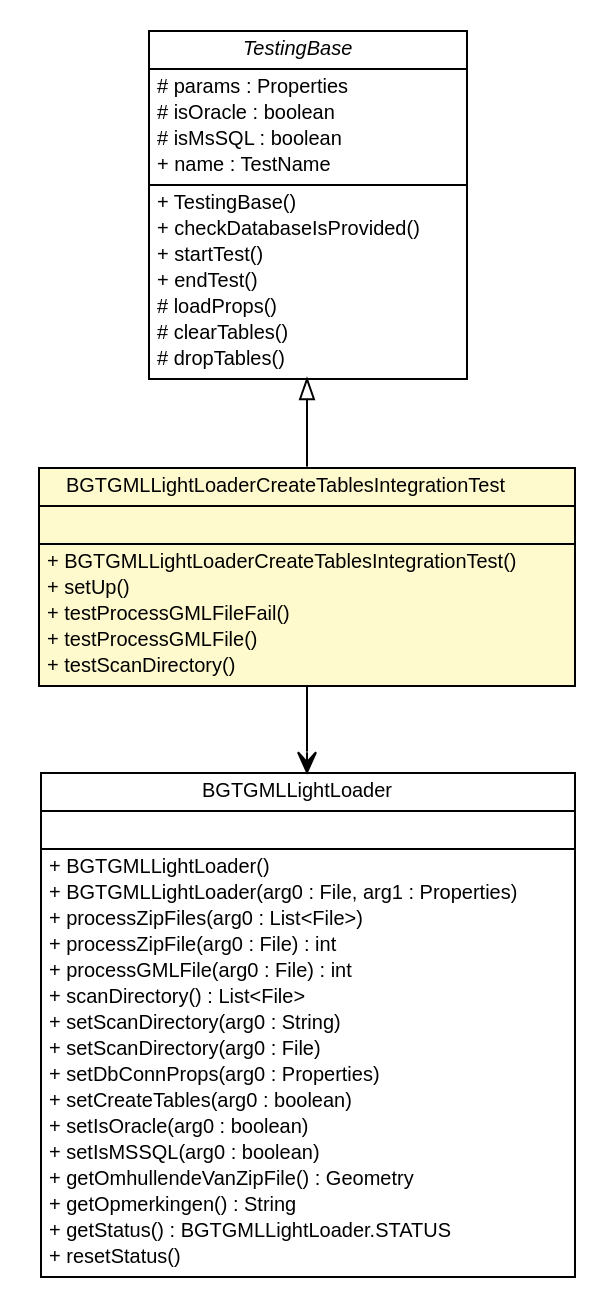
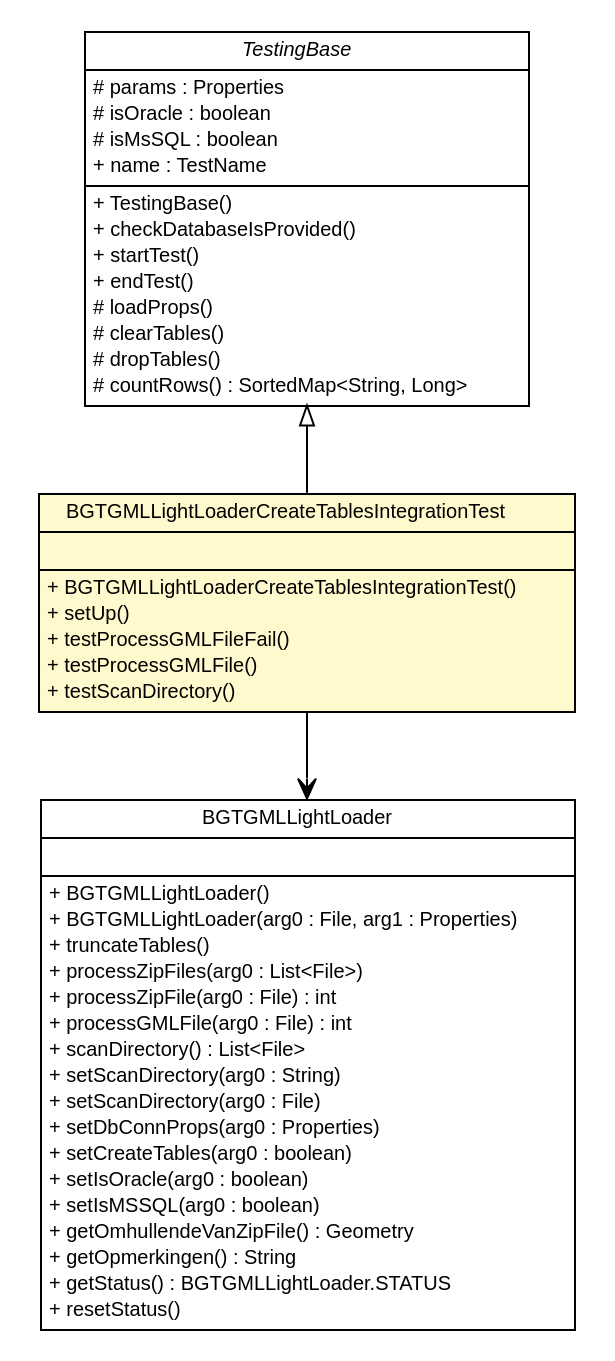
Before and after one commit to B3Partners/brmo: the diagram in bgt-gml-loader/testapidocs/nl/b3p/brmo/loader/gml/BGTGMLLightLoaderCreateTablesIntegrationTest.dot, drawn with Graphviz. The commit also changed 4551 other files, not shown here.

```diff
--- a/bgt-gml-loader/testapidocs/nl/b3p/brmo/loader/gml/BGTGMLLightLoaderCreateTablesIntegrationTest.dot
+++ b/bgt-gml-loader/testapidocs/nl/b3p/brmo/loader/gml/BGTGMLLightLoaderCreateTablesIntegrationTest.dot
@@ -1,80 +1,82 @@
 #!/usr/local/bin/dot
 #
 # Class diagram 
 # Generated by UMLGraph version R5_6-24-gf6e263 (http://www.umlgraph.org/)
 #
 
 digraph G {
 	edge [fontname="Helvetica",fontsize=10,labelfontname="Helvetica",labelfontsize=10];
 	node [fontname="Helvetica",fontsize=10,shape=plaintext];
 	nodesep=0.25;
 	ranksep=0.5;
 	// nl.b3p.brmo.loader.gml.BGTGMLLightLoaderCreateTablesIntegrationTest
-	c42 [label=<<table title="nl.b3p.brmo.loader.gml.BGTGMLLightLoaderCreateTablesIntegrationTest" border="0" cellborder="1" cellspacing="0" cellpadding="2" port="p" bgcolor="lemonChiffon" href="./BGTGMLLightLoaderCreateTablesIntegrationTest.html">
+	c44 [label=<<table title="nl.b3p.brmo.loader.gml.BGTGMLLightLoaderCreateTablesIntegrationTest" border="0" cellborder="1" cellspacing="0" cellpadding="2" port="p" bgcolor="lemonChiffon" href="./BGTGMLLightLoaderCreateTablesIntegrationTest.html">
 		<tr><td><table border="0" cellspacing="0" cellpadding="1">
 <tr><td align="center" balign="center"> BGTGMLLightLoaderCreateTablesIntegrationTest </td></tr>
 		</table></td></tr>
 		<tr><td><table border="0" cellspacing="0" cellpadding="1">
 <tr><td align="left" balign="left">  </td></tr>
 		</table></td></tr>
 		<tr><td><table border="0" cellspacing="0" cellpadding="1">
 <tr><td align="left" balign="left"> + BGTGMLLightLoaderCreateTablesIntegrationTest() </td></tr>
 <tr><td align="left" balign="left"> + setUp() </td></tr>
 <tr><td align="left" balign="left"> + testProcessGMLFileFail() </td></tr>
 <tr><td align="left" balign="left"> + testProcessGMLFile() </td></tr>
 <tr><td align="left" balign="left"> + testScanDirectory() </td></tr>
 		</table></td></tr>
 		</table>>, URL="./BGTGMLLightLoaderCreateTablesIntegrationTest.html", fontname="Helvetica", fontcolor="black", fontsize=10.0];
 	// nl.b3p.brmo.loader.gml.TestingBase
-	c47 [label=<<table title="nl.b3p.brmo.loader.gml.TestingBase" border="0" cellborder="1" cellspacing="0" cellpadding="2" port="p" href="./TestingBase.html">
+	c51 [label=<<table title="nl.b3p.brmo.loader.gml.TestingBase" border="0" cellborder="1" cellspacing="0" cellpadding="2" port="p" href="./TestingBase.html">
 		<tr><td><table border="0" cellspacing="0" cellpadding="1">
 <tr><td align="center" balign="center"><font face="Helvetica-Oblique"> TestingBase </font></td></tr>
 		</table></td></tr>
 		<tr><td><table border="0" cellspacing="0" cellpadding="1">
 <tr><td align="left" balign="left"> # params : Properties </td></tr>
 <tr><td align="left" balign="left"> # isOracle : boolean </td></tr>
 <tr><td align="left" balign="left"> # isMsSQL : boolean </td></tr>
 <tr><td align="left" balign="left"> + name : TestName </td></tr>
 		</table></td></tr>
 		<tr><td><table border="0" cellspacing="0" cellpadding="1">
 <tr><td align="left" balign="left"> + TestingBase() </td></tr>
 <tr><td align="left" balign="left"> + checkDatabaseIsProvided() </td></tr>
 <tr><td align="left" balign="left"> + startTest() </td></tr>
 <tr><td align="left" balign="left"> + endTest() </td></tr>
 <tr><td align="left" balign="left"> # loadProps() </td></tr>
 <tr><td align="left" balign="left"> # clearTables() </td></tr>
 <tr><td align="left" balign="left"> # dropTables() </td></tr>
+<tr><td align="left" balign="left"> # countRows() : SortedMap&lt;String, Long&gt; </td></tr>
 		</table></td></tr>
 		</table>>, URL="./TestingBase.html", fontname="Helvetica", fontcolor="black", fontsize=10.0];
 	//nl.b3p.brmo.loader.gml.BGTGMLLightLoaderCreateTablesIntegrationTest extends nl.b3p.brmo.loader.gml.TestingBase
-	c47:p -> c42:p [dir=back,arrowtail=empty];
+	c51:p -> c44:p [dir=back,arrowtail=empty];
 	// nl.b3p.brmo.loader.gml.BGTGMLLightLoaderCreateTablesIntegrationTest NAVASSOC nl.b3p.brmo.loader.gml.BGTGMLLightLoader
-	c42:p -> c56:p [taillabel="", label="", headlabel="", fontname="Helvetica", fontcolor="black", fontsize=10.0, color="black", arrowhead=open];
+	c44:p -> c61:p [taillabel="", label="", headlabel="", fontname="Helvetica", fontcolor="black", fontsize=10.0, color="black", arrowhead=open];
 	// nl.b3p.brmo.loader.gml.BGTGMLLightLoader
-	c56 [label=<<table title="nl.b3p.brmo.loader.gml.BGTGMLLightLoader" border="0" cellborder="1" cellspacing="0" cellpadding="2" port="p">
+	c61 [label=<<table title="nl.b3p.brmo.loader.gml.BGTGMLLightLoader" border="0" cellborder="1" cellspacing="0" cellpadding="2" port="p">
 		<tr><td><table border="0" cellspacing="0" cellpadding="1">
 <tr><td align="center" balign="center"> BGTGMLLightLoader </td></tr>
 		</table></td></tr>
 		<tr><td><table border="0" cellspacing="0" cellpadding="1">
 <tr><td align="left" balign="left">  </td></tr>
 		</table></td></tr>
 		<tr><td><table border="0" cellspacing="0" cellpadding="1">
 <tr><td align="left" balign="left"> + BGTGMLLightLoader() </td></tr>
 <tr><td align="left" balign="left"> + BGTGMLLightLoader(arg0 : File, arg1 : Properties) </td></tr>
+<tr><td align="left" balign="left"> + truncateTables() </td></tr>
 <tr><td align="left" balign="left"> + processZipFiles(arg0 : List&lt;File&gt;) </td></tr>
 <tr><td align="left" balign="left"> + processZipFile(arg0 : File) : int </td></tr>
 <tr><td align="left" balign="left"> + processGMLFile(arg0 : File) : int </td></tr>
 <tr><td align="left" balign="left"> + scanDirectory() : List&lt;File&gt; </td></tr>
 <tr><td align="left" balign="left"> + setScanDirectory(arg0 : String) </td></tr>
 <tr><td align="left" balign="left"> + setScanDirectory(arg0 : File) </td></tr>
 <tr><td align="left" balign="left"> + setDbConnProps(arg0 : Properties) </td></tr>
 <tr><td align="left" balign="left"> + setCreateTables(arg0 : boolean) </td></tr>
 <tr><td align="left" balign="left"> + setIsOracle(arg0 : boolean) </td></tr>
 <tr><td align="left" balign="left"> + setIsMSSQL(arg0 : boolean) </td></tr>
 <tr><td align="left" balign="left"> + getOmhullendeVanZipFile() : Geometry </td></tr>
 <tr><td align="left" balign="left"> + getOpmerkingen() : String </td></tr>
 <tr><td align="left" balign="left"> + getStatus() : BGTGMLLightLoader.STATUS </td></tr>
 <tr><td align="left" balign="left"> + resetStatus() </td></tr>
 		</table></td></tr>
 		</table>>, URL="null", fontname="Helvetica", fontcolor="black", fontsize=10.0];
 }
```
